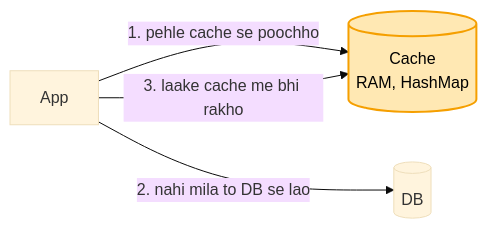
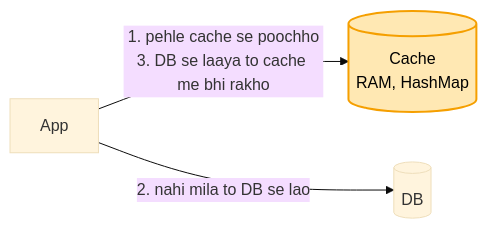
One commit to ArpanMaheshwari144/Prep changed the first of 8 diagrams in 04_HLD/SYSTEM_DESIGNS/10_distributed_cache/10_distributed_cache.md. Above: the diagram before and after it, drawn with Mermaid (base theme). The commit also changed other lines of this file, not shown here.

Commit message:
cache: kadam 1 aur 6 ke diagram me do teer ek jagah se, label dabbe pe chadh raha tha -> ek teer, do line

````diff
--- a/04_HLD/SYSTEM_DESIGNS/10_distributed_cache/10_distributed_cache.md
+++ b/04_HLD/SYSTEM_DESIGNS/10_distributed_cache/10_distributed_cache.md
@@ -65,7 +69,6 @@
 ```mermaid
 flowchart LR
-    A["App"] -->|"1. pehle cache se poochho"| C[("Cache<br/>RAM, HashMap")]
+    A["App"] -->|"1. pehle cache se poochho<br/>3. DB se laaya to cache me bhi rakho"| C[("Cache<br/>RAM, HashMap")]
     A -->|"2. nahi mila to DB se lao"| D[("DB")]
-    A -->|"3. laake cache me bhi rakho"| C
     style C fill:#ffe8b3,stroke:#f59f00,stroke-width:2px,color:#000
 ```
````
